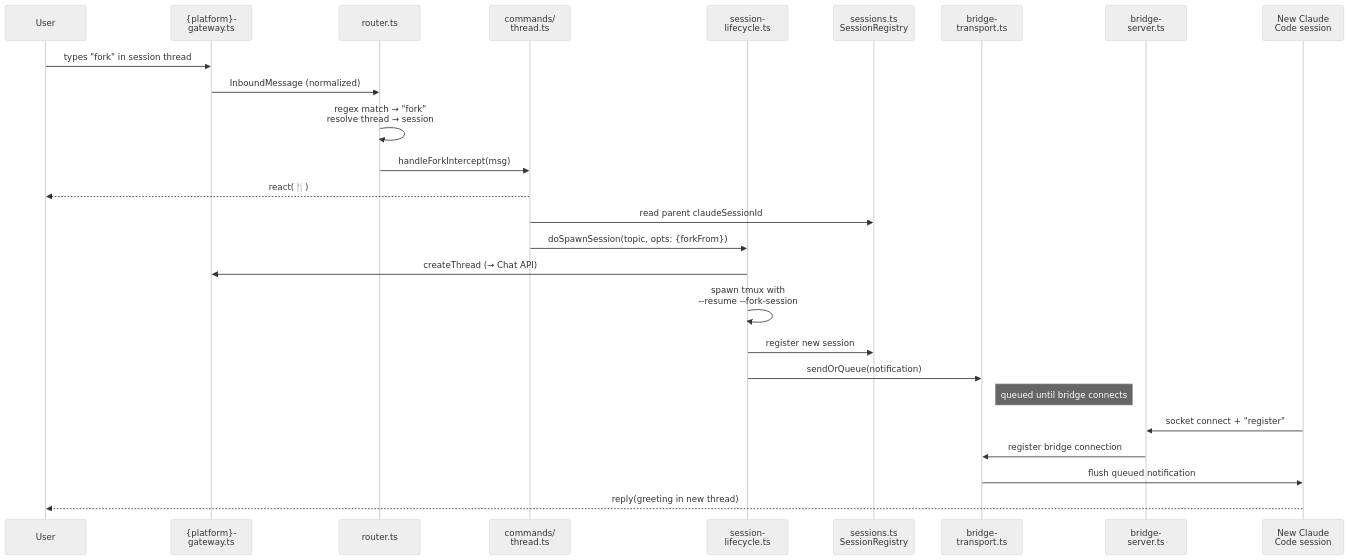
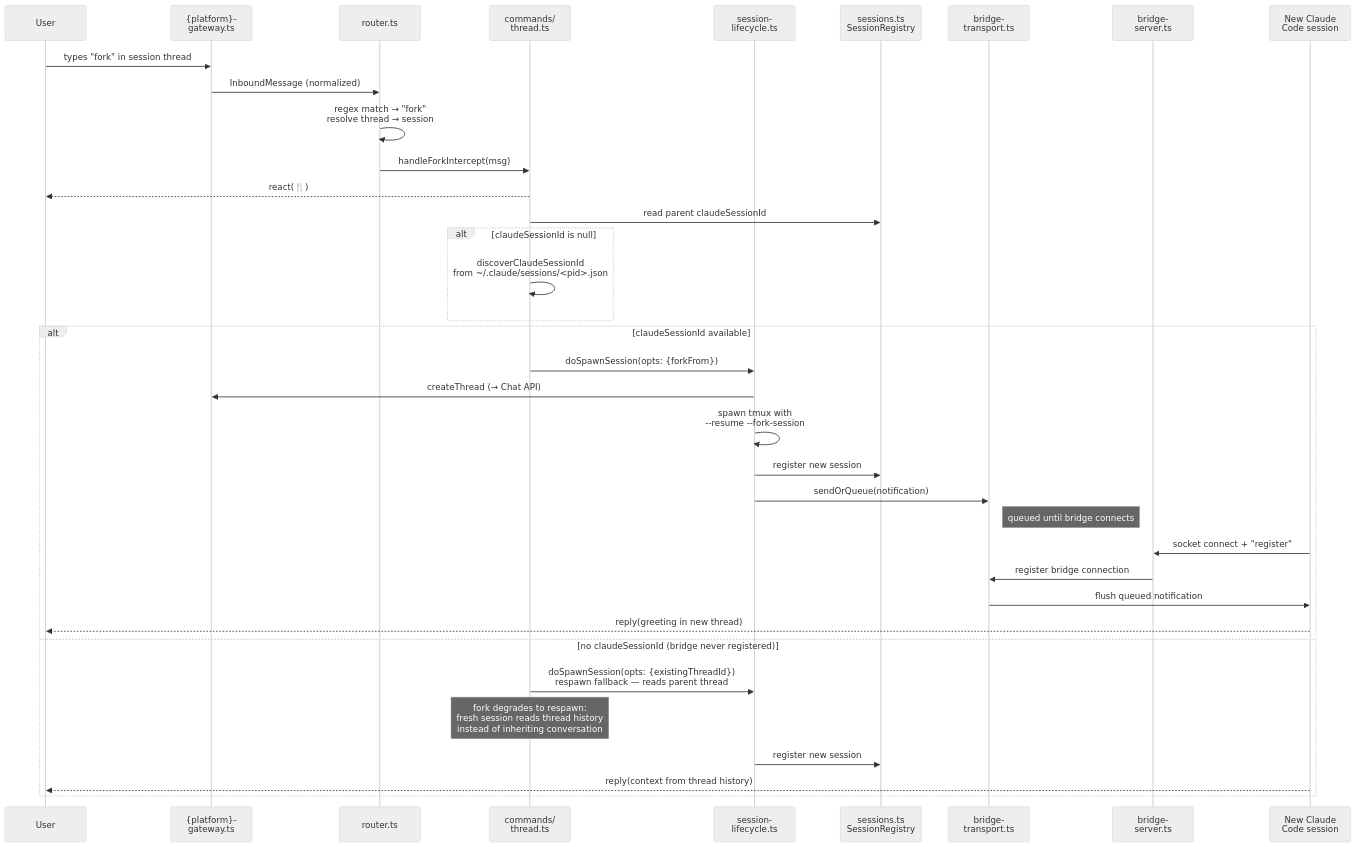
One commit to sf8193/hydra changed the diagram in diagrams/flow-fork.mmd. Above: the diagram before and after it, drawn with Mermaid (neutral theme). The commit also changed 3 other files, not shown here.

First line of the commit message:
fix: flow-fork fallback paths + flow-recovery-cascade connected primitives

```diff
--- a/diagrams/flow-fork.mmd
+++ b/diagrams/flow-fork.mmd
@@ -1,31 +1,43 @@
 %% Fork Command — Flow Through the Layers
 %% Each layer does one thing and passes to the next.
 %% Swap the gateway implementation and the flow is identical.
 
 sequenceDiagram
     participant User
     participant gateway as {platform}-<br/>gateway.ts
     participant router as router.ts
     participant thread as commands/<br/>thread.ts
     participant lifecycle as session-<br/>lifecycle.ts
     participant sessions as sessions.ts<br/>SessionRegistry
     participant transport as bridge-<br/>transport.ts
     participant server as bridge-<br/>server.ts
     participant cc as New Claude<br/>Code session
 
     User->>gateway: types "fork" in session thread
     gateway->>router: InboundMessage (normalized)
     router->>router: regex match → "fork"<br/>resolve thread → session
     router->>thread: handleForkIntercept(msg)
     thread-->>User: react(🍴)
     thread->>sessions: read parent claudeSessionId
-    thread->>lifecycle: doSpawnSession(topic, opts: {forkFrom})
-    lifecycle->>gateway: createThread (→ Chat API)
-    lifecycle->>lifecycle: spawn tmux with<br/>--resume --fork-session
-    lifecycle->>sessions: register new session
-    lifecycle->>transport: sendOrQueue(notification)
-    Note right of transport: queued until bridge connects
-    cc->>server: socket connect + "register"
-    server->>transport: register bridge connection
-    transport->>cc: flush queued notification
-    cc-->>User: reply(greeting in new thread)
+
+    alt claudeSessionId is null
+        thread->>thread: discoverClaudeSessionId<br/>from ~/.claude/sessions/<pid>.json
+    end
+
+    alt claudeSessionId available
+        thread->>lifecycle: doSpawnSession(opts: {forkFrom})
+        lifecycle->>gateway: createThread (→ Chat API)
+        lifecycle->>lifecycle: spawn tmux with<br/>--resume --fork-session
+        lifecycle->>sessions: register new session
+        lifecycle->>transport: sendOrQueue(notification)
+        Note right of transport: queued until bridge connects
+        cc->>server: socket connect + "register"
+        server->>transport: register bridge connection
+        transport->>cc: flush queued notification
+        cc-->>User: reply(greeting in new thread)
+    else no claudeSessionId (bridge never registered)
+        thread->>lifecycle: doSpawnSession(opts: {existingThreadId})<br/>respawn fallback — reads parent thread
+        Note over thread: fork degrades to respawn:<br/>fresh session reads thread history<br/>instead of inheriting conversation
+        lifecycle->>sessions: register new session
+        cc-->>User: reply(context from thread history)
+    end
```
